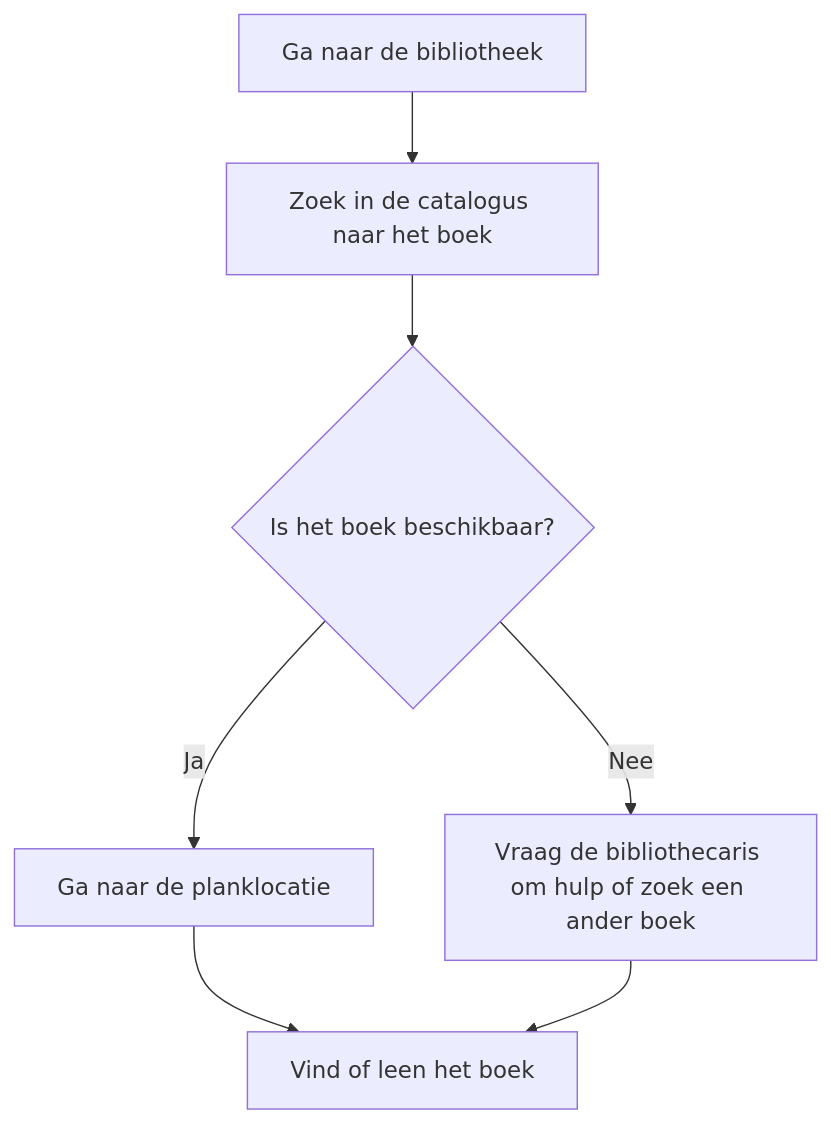
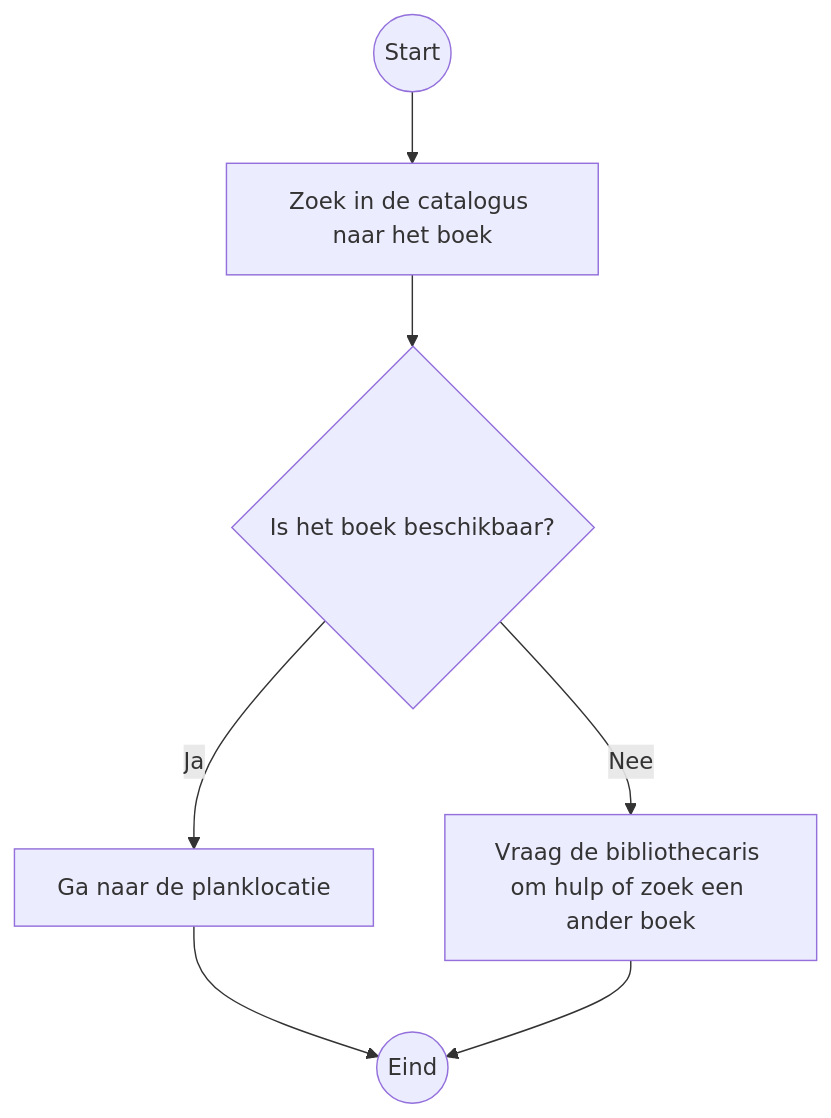
The diagram in H1/README.md (verwo/algoritmes), drawn with Mermaid before and after one commit. The commit also changed other lines of this file, not shown here.

````diff
--- a/H1/README.md
+++ b/H1/README.md
@@ -47,9 +49,9 @@
 ```mermaid
 graph TD;
-    Start[Ga naar de bibliotheek] --> Zoek[Zoek in de catalogus naar het boek];
+    Start((Start)) --> Zoek[Zoek in de catalogus naar het boek];
     Zoek --> Beslissing{Is het boek beschikbaar?};
     Beslissing -->|Ja| Planklocatie[Ga naar de planklocatie];
     Beslissing -->|Nee| Hulp[Vraag de bibliothecaris om hulp of zoek een ander boek];
-    Planklocatie --> Eind[Vind of leen het boek];
+    Planklocatie --> Eind((Eind));
     Hulp --> Eind;
 ```
````
